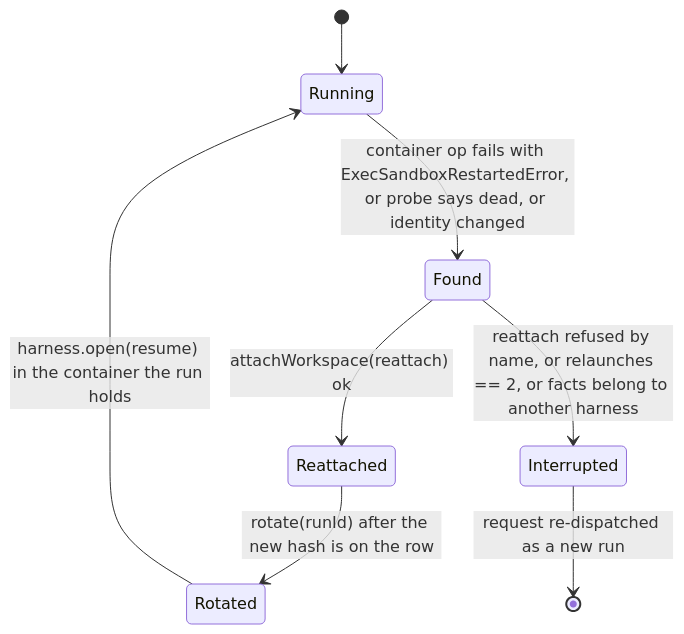
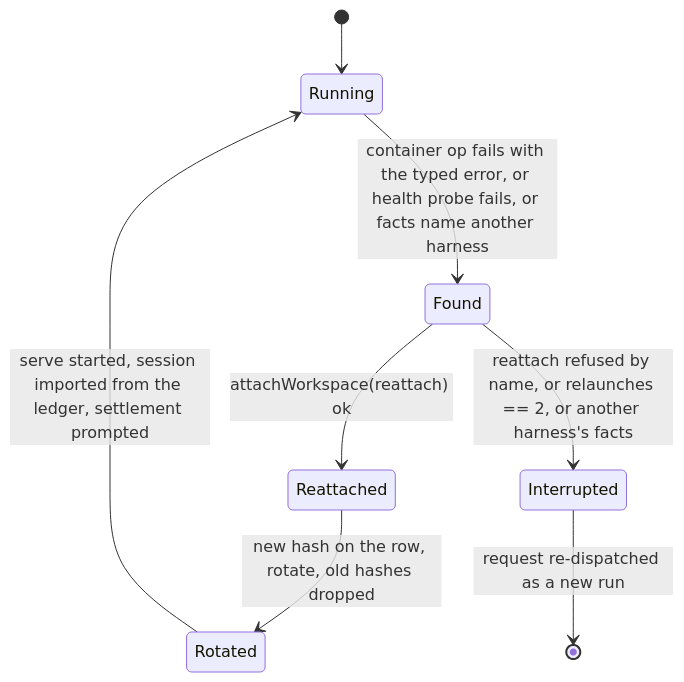
Before and after one commit to coreplanelabs/switchboard: the second of 2 diagrams in docs/plans/2026-09-15-004-feat-harness-contract-stage-a-plan.md, drawn with Mermaid. The commit also changed other lines of this file and 1 other file, not shown here.

First line of the commit message:
docs(docs): record 0038's fourth amendment makes OpenCode the second harness, built for real, and the stage A plan is rewritten for it

````diff
--- a/docs/plans/2026-09-15-004-feat-harness-contract-stage-a-plan.md
+++ b/docs/plans/2026-09-15-004-feat-harness-contract-stage-a-plan.md
@@ -150,10 +148,10 @@
 ```mermaid
 stateDiagram-v2
   [*] --> Running
-  Running --> Found: container op fails with ExecSandboxRestartedError, or probe says dead, or identity changed
+  Running --> Found: container op fails with the typed error, or health probe fails, or facts name another harness
   Found --> Reattached: attachWorkspace(reattach) ok
-  Found --> Interrupted: reattach refused by name, or relaunches == 2, or facts belong to another harness
-  Reattached --> Rotated: rotate(runId) after the new hash is on the row
-  Rotated --> Running: harness.open(resume) in the container the run holds
+  Found --> Interrupted: reattach refused by name, or relaunches == 2, or another harness's facts
+  Reattached --> Rotated: new hash on the row, rotate, old hashes dropped
+  Rotated --> Running: serve started, session imported from the ledger, settlement prompted
   Interrupted --> [*]: request re-dispatched as a new run
 ```
````
